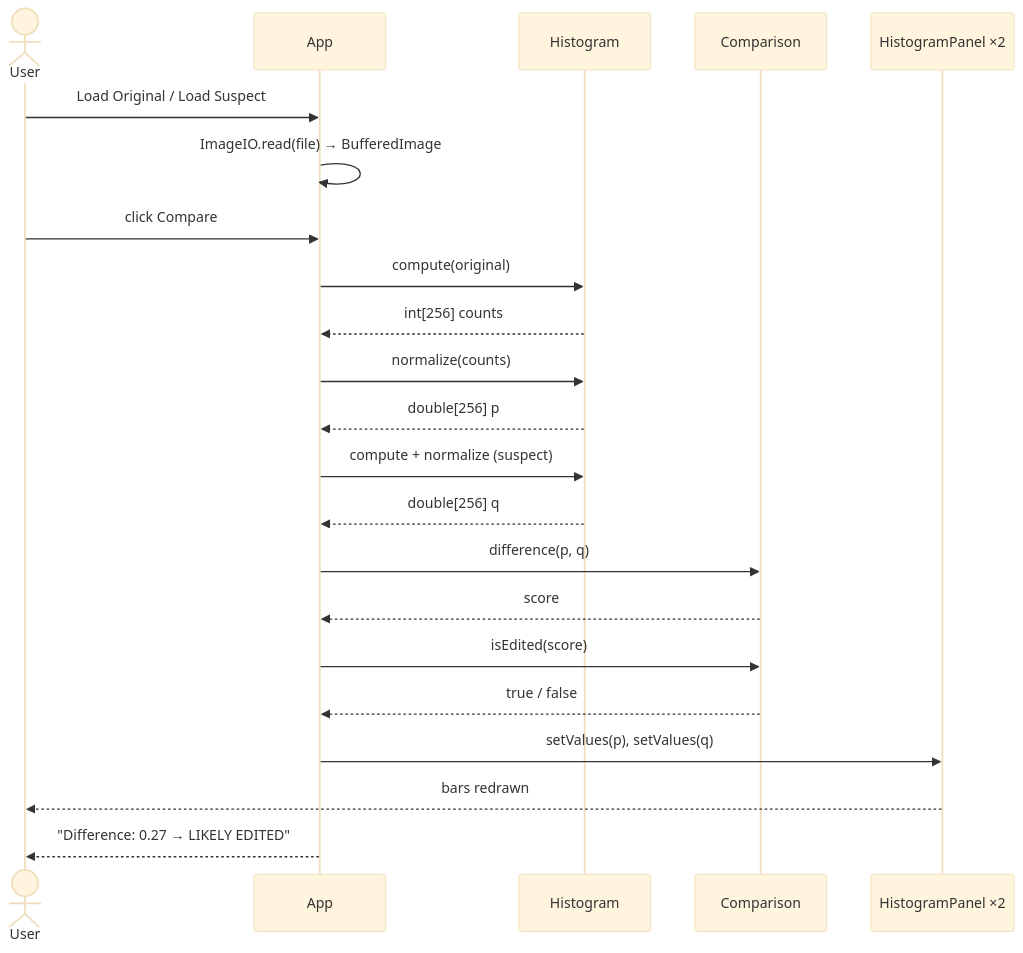
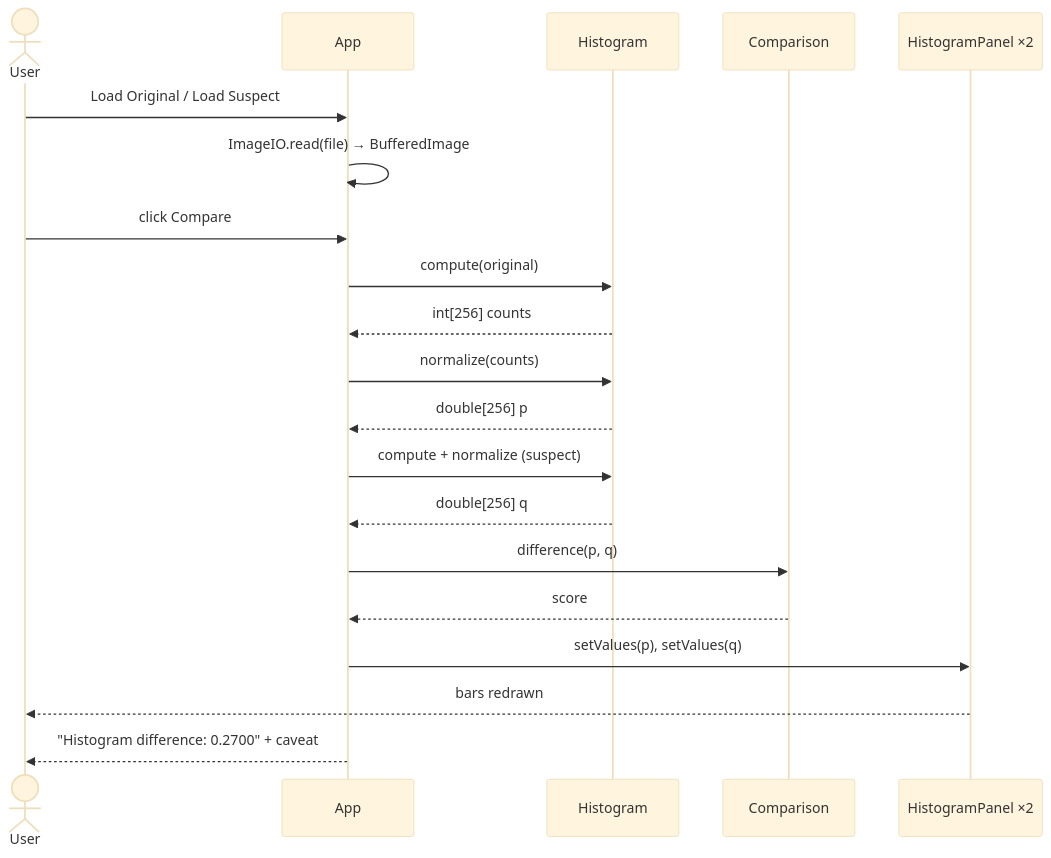
One commit to satvikp-coder/CSC360-Group2 changed the third of 5 diagrams in docs/ARCHITECTURE.md. Above: the diagram before and after it, drawn with Mermaid (base theme). The commit also changed other lines of this file and 2 other files, not shown here.

First line of the commit message:
docs: remove verdict/threshold claims from ARCHITECTURE.md (#17)

````diff
--- a/docs/ARCHITECTURE.md
+++ b/docs/ARCHITECTURE.md
@@ -107,25 +103,23 @@
 ```mermaid
 sequenceDiagram
     actor User
     participant App
     participant Histogram
     participant Comparison
     participant Panels as HistogramPanel ×2
 
     User->>App: Load Original / Load Suspect
     App->>App: ImageIO.read(file) → BufferedImage
     User->>App: click Compare
     App->>Histogram: compute(original)
     Histogram-->>App: int[256] counts
     App->>Histogram: normalize(counts)
     Histogram-->>App: double[256] p
     App->>Histogram: compute + normalize (suspect)
     Histogram-->>App: double[256] q
     App->>Comparison: difference(p, q)
     Comparison-->>App: score
-    App->>Comparison: isEdited(score)
-    Comparison-->>App: true / false
     App->>Panels: setValues(p), setValues(q)
     Panels-->>User: bars redrawn
-    App-->>User: "Difference: 0.27 → LIKELY EDITED"
+    App-->>User: "Histogram difference: 0.2700" + caveat
 ```
````
